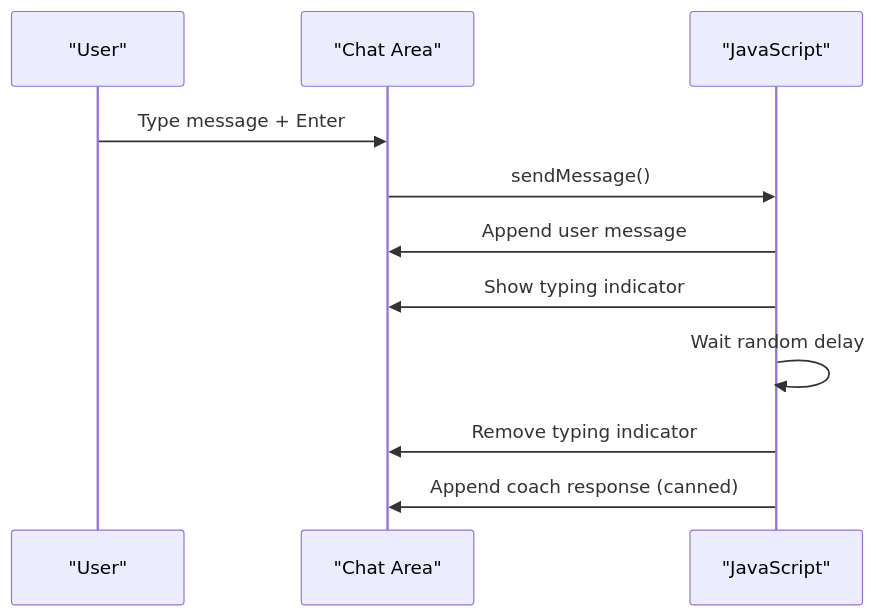
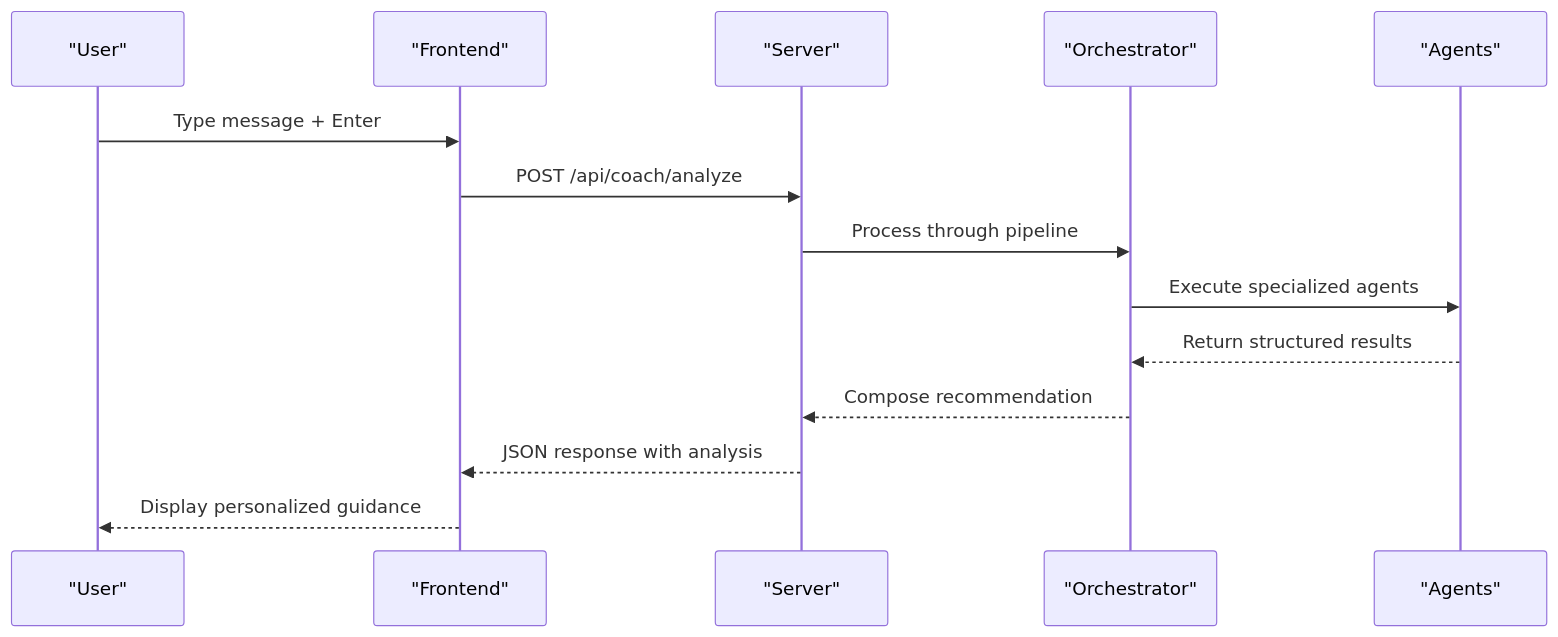
Before and after one commit to Alishba-Moin/CareerCompass: the fourth of 9 diagrams in .qoder/repowiki/en/content/Core Features/Core Features.md, drawn with Mermaid. The commit also changed other lines of this file and 38 other files, not shown here.

Commit message:
Add Roadmap pdf download option

````diff
--- a/.qoder/repowiki/en/content/Core Features/Core Features.md
+++ b/.qoder/repowiki/en/content/Core Features/Core Features.md
@@ -127,13 +157,16 @@
 ```mermaid
 sequenceDiagram
 participant U as "User"
-participant C as "Chat Area"
-participant J as "JavaScript"
-U->>C : Type message + Enter
-C->>J : sendMessage()
-J->>C : Append user message
-J->>C : Show typing indicator
-J->>J : Wait random delay
-J->>C : Remove typing indicator
-J->>C : Append coach response (canned)
+participant F as "Frontend"
+participant S as "Server"
+participant O as "Orchestrator"
+participant A as "Agents"
+U->>F : Type message + Enter
+F->>S : POST /api/coach/analyze
+S->>O : Process through pipeline
+O->>A : Execute specialized agents
+A-->>O : Return structured results
+O-->>S : Compose recommendation
+S-->>F : JSON response with analysis
+F-->>U : Display personalized guidance
 ```
````
